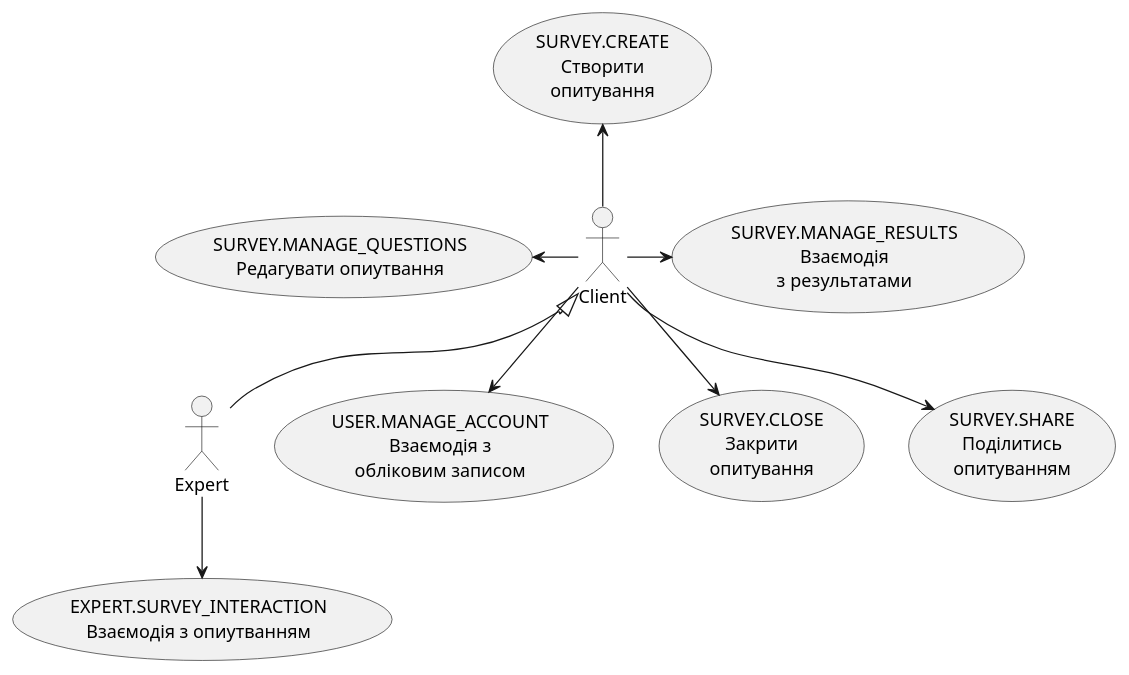
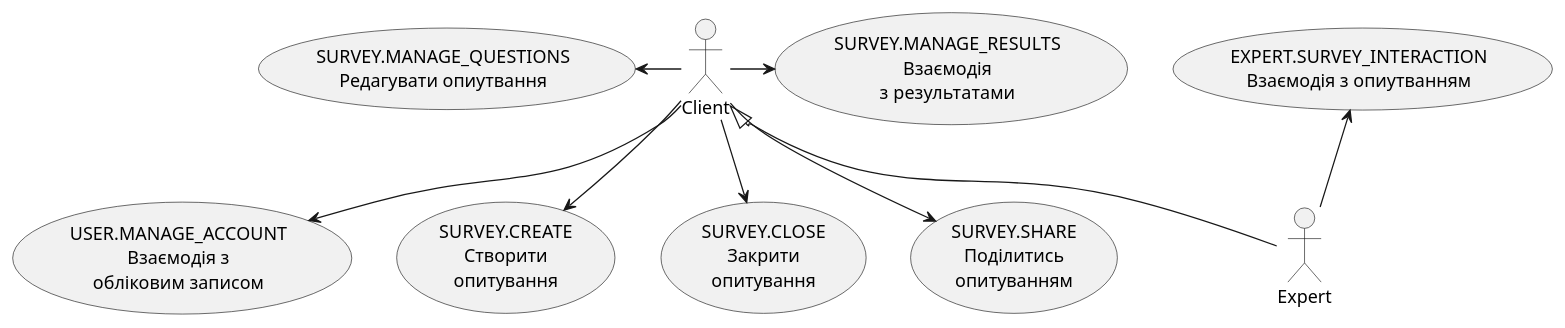
Before and after one commit to xastia/edu_db_labs_group1: the first of 15 diagrams in docs/use cases/README.md, drawn with PlantUML.

Commit message:
finally corrected mistakes in use-case arrows

```diff
--- a/docs/use cases/README.md
+++ b/docs/use cases/README.md
@@ -12,24 +12,24 @@
 @startuml
 
     actor Expert
     actor Client
   
     usecase "USER.MANAGE_ACCOUNT\nВзаємодія з\nобліковим записом" as UInteraction
     usecase "SURVEY.CREATE\nСтворити\nопитування" as SCreate
     usecase "SURVEY.CLOSE\nЗакрити\nопитування" as SClose
     usecase "SURVEY.MANAGE_QUESTIONS\nРедагувати опиутвання" as SEdit
     usecase "EXPERT.SURVEY_INTERACTION\nВзаємодія з опиутванням" as EInteraction
     usecase "SURVEY.SHARE\nПоділитись\nопитуванням" as SShare
     usecase "SURVEY.MANAGE_RESULTS\nВзаємодія\nз результатами" as SResults
  
   
       Expert -u-|> Client
-      Expert -d-> EInteraction
+      Expert -u-> EInteraction
       Client -d->UInteraction
       Client -l->SEdit
       Client -d->SShare
       Client -r->SResults
       Client -d->SClose
-      Client -u->SCreate
+      Client -d->SCreate
       
 @enduml
```
